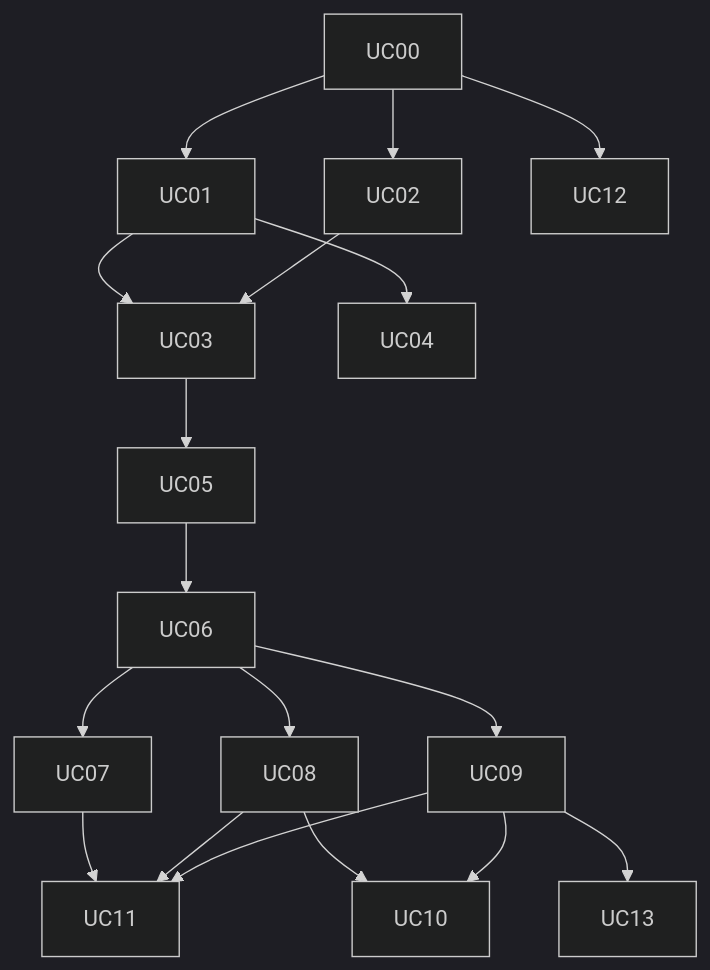
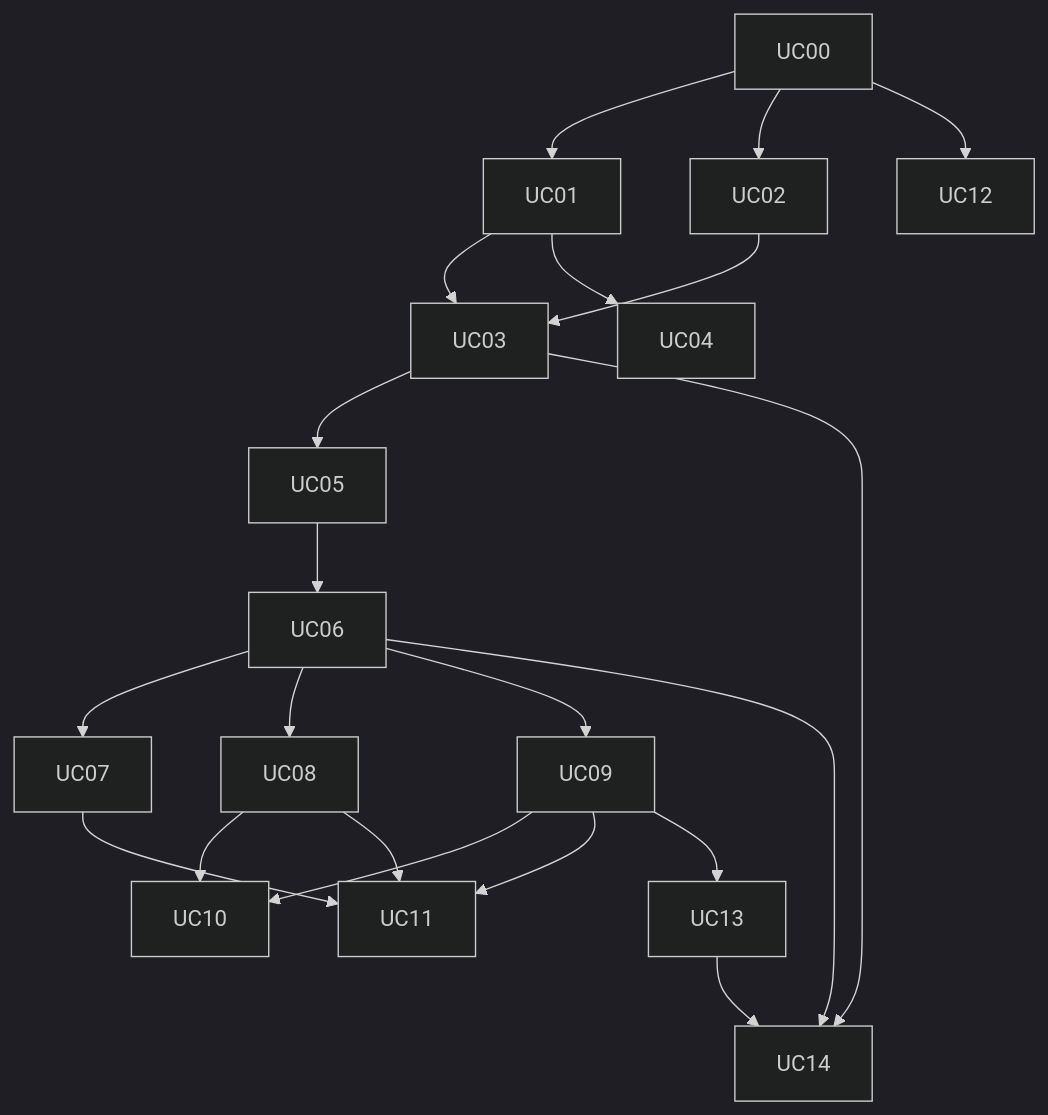
One commit to jsoladur/monthly-expenses changed the diagram in docs/usecases/UC-INDEX.md. Above: the diagram before and after it, drawn with Mermaid (dark theme). The commit also changed other lines of this file and 23 other files, not shown here.

````diff
--- a/docs/usecases/UC-INDEX.md
+++ b/docs/usecases/UC-INDEX.md
@@ -40,11 +42,13 @@
 ```mermaid
 flowchart TD
     UC00 --> UC01 --> UC03 --> UC05 --> UC06
     UC00 --> UC02 --> UC03
     UC01 --> UC04
     UC06 --> UC07 & UC08 & UC09
     UC08 & UC09 --> UC10
     UC07 & UC08 & UC09 --> UC11
     UC09 --> UC13
+    UC03 & UC06 --> UC14
+    UC13 --> UC14
     UC00 --> UC12
 ```
````
